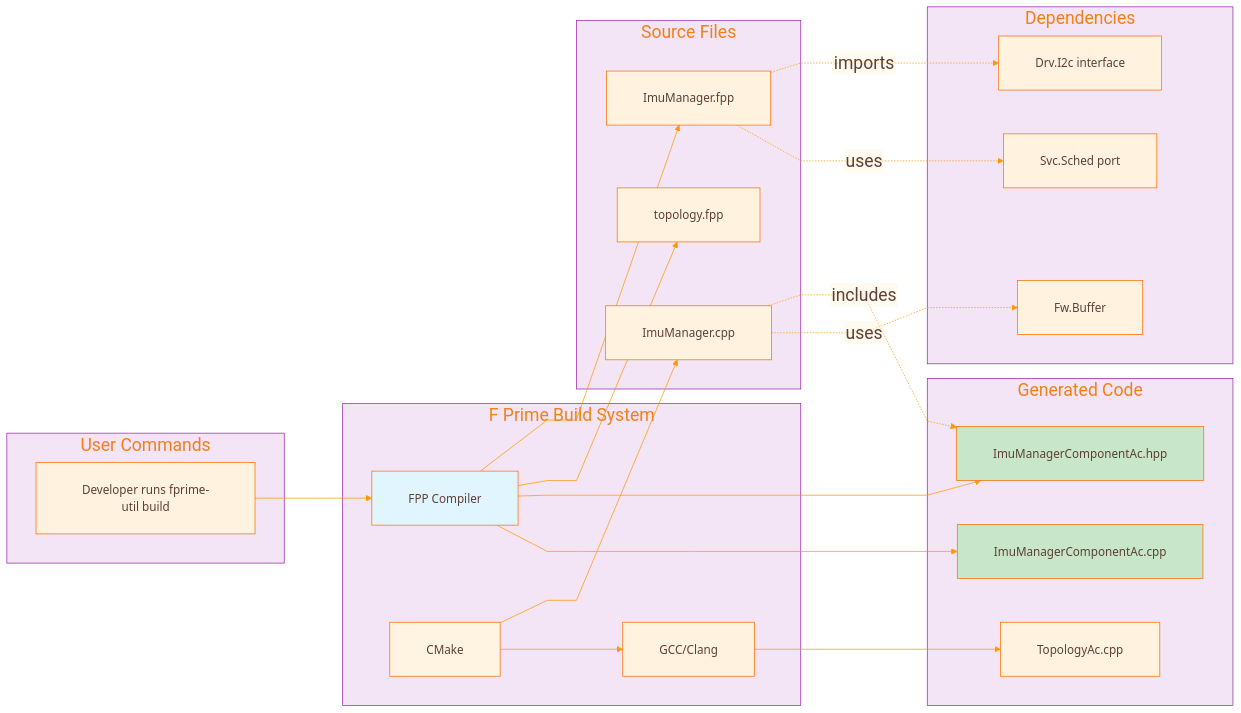
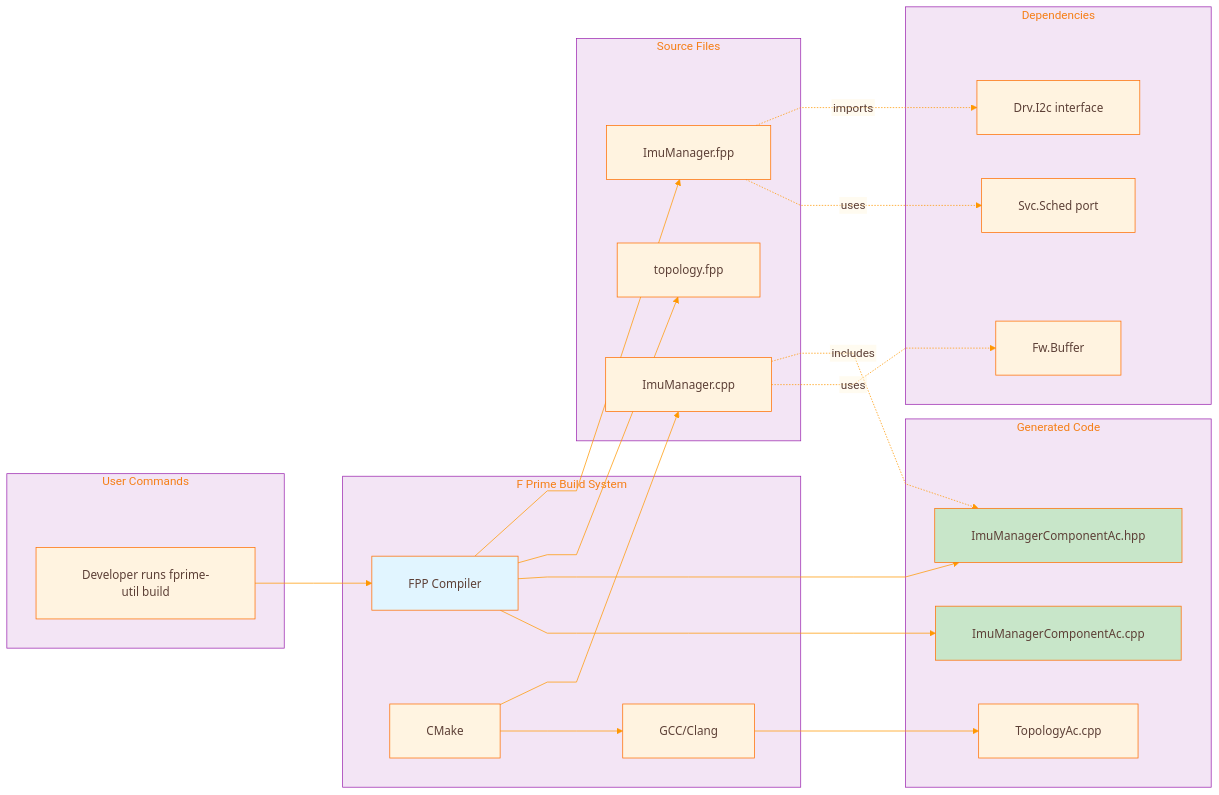
The fifth of 6 diagrams in docs/diagrams/transitive-chains.md (Lizo-RoadTown/PROVES_LIBRARY), drawn with Mermaid before and after one commit. The commit also changed other lines of this file and 6 other files, not shown here.

````diff
--- a/docs/diagrams/transitive-chains.md
+++ b/docs/diagrams/transitive-chains.md
@@ -1094,7 +1107,7 @@
 ---
 config:
   theme: base
-  fontSize: 20
+  fontSize: 16
   themeCSS: |
     .node rect, .cluster rect, .edgePath path { transition: filter 0.2s ease, stroke-width: 0.2s ease; }
     .node:hover rect, .cluster:hover rect, .edgePath:hover path { filter: drop-shadow(0 0 8px rgba(0,0,0,0.35)); stroke-width: 3px; }
@@ -1114,7 +1127,7 @@
     textColor: '#5D4037'
     lineColor: '#FF9800'
     fontFamily: '"Segoe UI", Tahoma, Geneva, Verdana, sans-serif'
-    fontSize: '24px'
+    fontSize: '16px'
     nodeBorder: '#FF6F00'
     mainBkg: '#FFF3E0'
     clusterBkg: '#F3E5F5'
@@ -1170,7 +1183,7 @@
     attributeBackgroundColorOdd: '#FFF8E1'
     attributeBackgroundColorEven: '#FFF3E0'
   gantt:
-    fontSize: 20
+    fontSize: 16
     barHeight: 24
     barGap: 6
     topPadding: 50
@@ -1277,28 +1290,33 @@
 ---
 flowchart LR
     subgraph "User Commands"
+        spacer49[ ]:::spacer
         USER[Developer runs fprime-util build]
     end
 
     subgraph "F Prime Build System"
+        spacer50[ ]:::spacer
         FPP[FPP Compiler]
         CMAKE[CMake]
         GCC[GCC/Clang]
     end
 
     subgraph "Source Files"
+        spacer51[ ]:::spacer
         FPP_SRC[ImuManager.fpp]
         CPP_SRC[ImuManager.cpp]
         TOPO[topology.fpp]
     end
 
     subgraph "Generated Code"
+        spacer52[ ]:::spacer
         AC_HPP[ImuManagerComponentAc.hpp]
         AC_CPP[ImuManagerComponentAc.cpp]
         TOPO_CPP[TopologyAc.cpp]
     end
 
     subgraph "Dependencies"
+        spacer53[ ]:::spacer
         DRV_I2C[Drv.I2c interface]
         SVC_SCHED[Svc.Sched port]
         FW_BUF[Fw.Buffer]
@@ -1326,4 +1344,5 @@
     %% Font sizing classes for consistency
     classDef default font-size:16px,font-family:Segoe UI,Tahoma,Geneva,Verdana,sans-serif;
     classDef diamond font-size:14px,font-family:Segoe UI,Tahoma,Geneva,Verdana,sans-serif;
+    classDef spacer fill:none,stroke:none,color:transparent,width:1px,height:1px;
 ```
````
